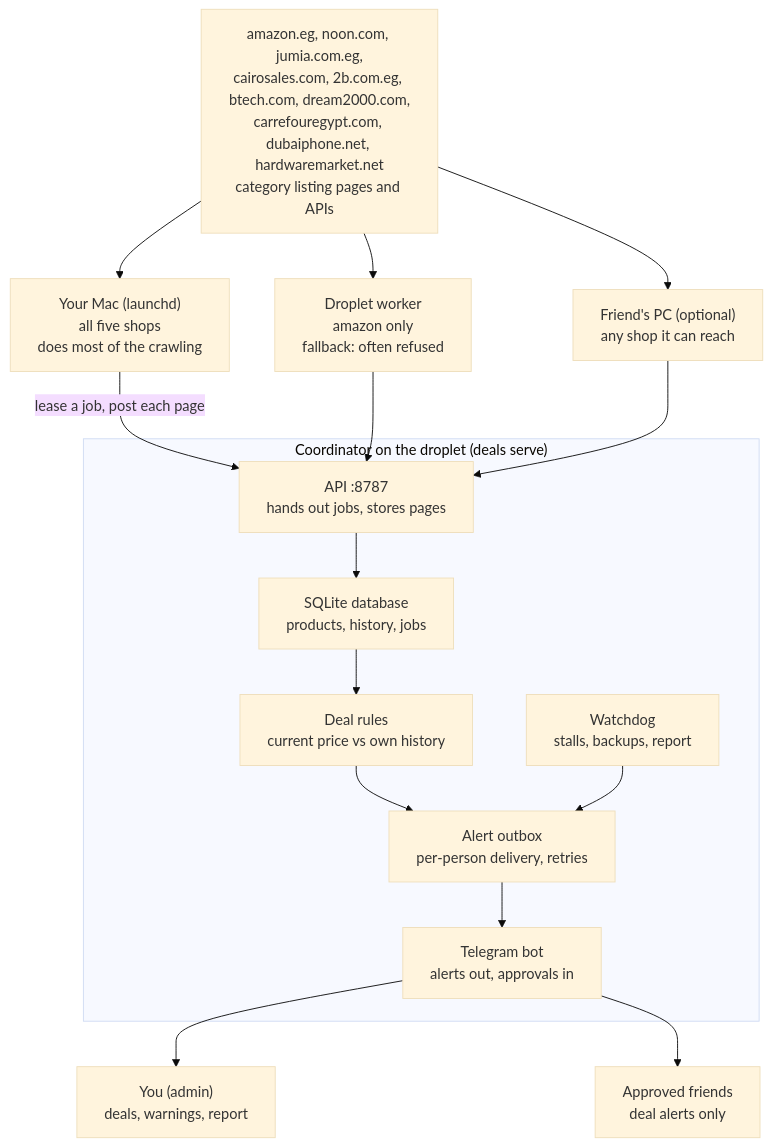
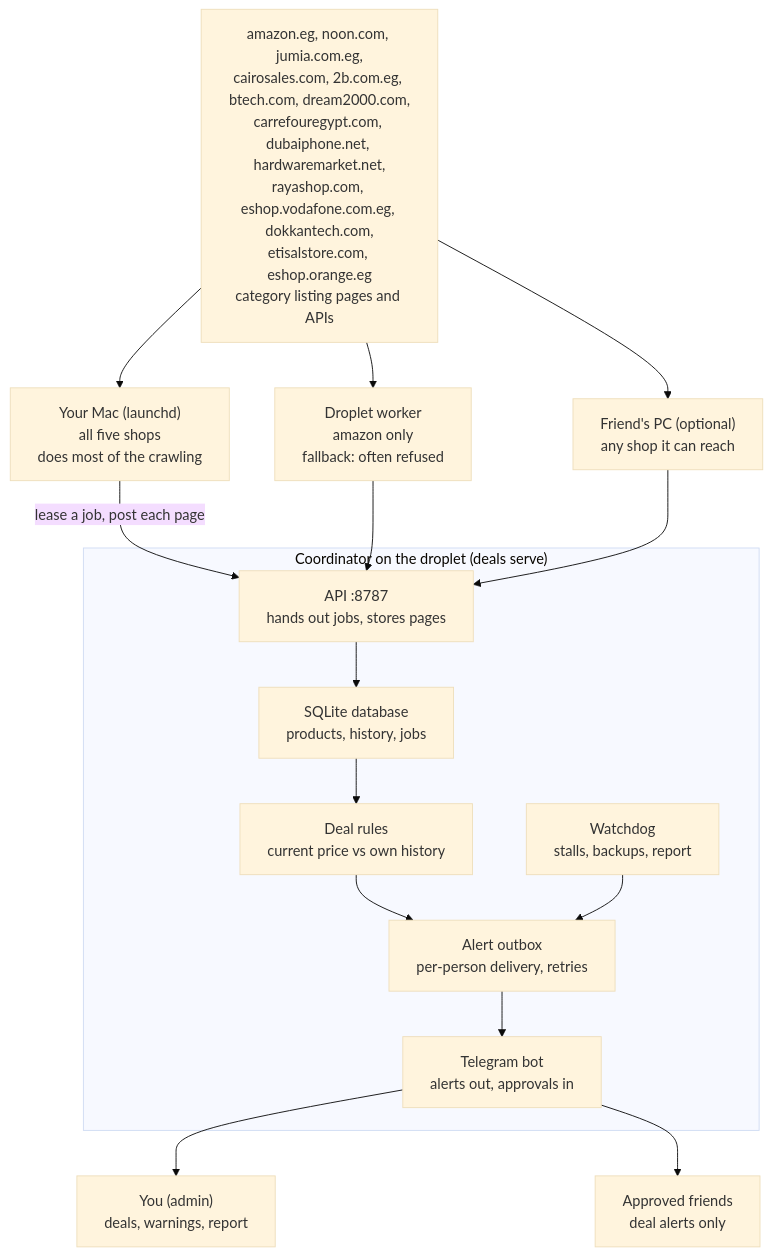
The first of 3 diagrams in docs/GUIDE.md (mohamed-mahmoud377/e-commerce-discounts-alert), drawn with Mermaid (base theme) before and after one commit. The commit also changed other lines of this file and 44 other files, not shown here.

First line of the commit message:
Add five shops: Raya, Vodafone, Dokkan Tech, Etisal and Orange

````diff
--- a/docs/GUIDE.md
+++ b/docs/GUIDE.md
@@ -46,17 +46,17 @@
 ```mermaid
 flowchart TB
-    shops["amazon.eg, noon.com, jumia.com.eg,<br/>cairosales.com, 2b.com.eg, btech.com, dream2000.com,<br/>carrefouregypt.com, dubaiphone.net, hardwaremarket.net<br/>category listing pages and APIs"]
+    shops["amazon.eg, noon.com, jumia.com.eg,<br/>cairosales.com, 2b.com.eg, btech.com, dream2000.com,<br/>carrefouregypt.com, dubaiphone.net, hardwaremarket.net,<br/>rayashop.com, eshop.vodafone.com.eg, dokkantech.com,<br/>etisalstore.com, eshop.orange.eg<br/>category listing pages and APIs"]
     shops --> mac["Your Mac (launchd)<br/>all five shops<br/>does most of the crawling"]
     shops --> dw["Droplet worker<br/>amazon only<br/>fallback: often refused"]
     shops --> fr["Friend's PC (optional)<br/>any shop it can reach"]
     mac -- "lease a job, post each page" --> api
     dw --> api
     fr --> api
     subgraph coord["Coordinator on the droplet (deals serve)"]
         api["API :8787<br/>hands out jobs, stores pages"] --> dbx["SQLite database<br/>products, history, jobs"] --> rules["Deal rules<br/>current price vs own history"]
         rules --> outbox["Alert outbox<br/>per-person delivery, retries"]
         wd["Watchdog<br/>stalls, backups, report"] --> outbox --> bot["Telegram bot<br/>alerts out, approvals in"]
     end
     bot --> admin["You (admin)<br/>deals, warnings, report"]
     bot --> friends["Approved friends<br/>deal alerts only"]
 ```
````
